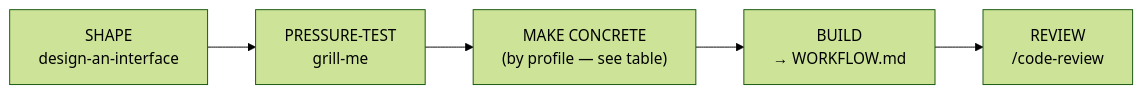
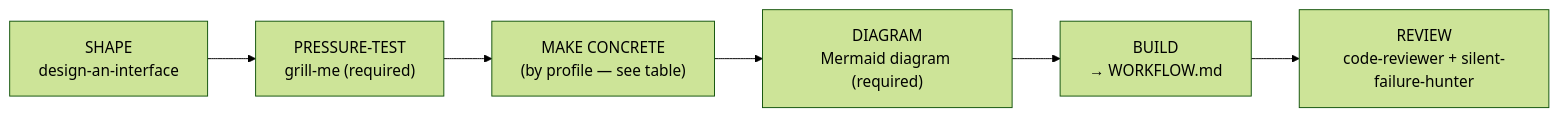
One commit to HenriGeorge/AutoCue changed the first of 3 diagrams in docs/DESIGN-WORKFLOW.md. Above: the diagram before and after it, drawn with Mermaid (forest theme). The commit also changed other lines of this file and 4 other files, not shown here.

First line of the commit message:
docs: refresh stamped workflow docs from claude_template (CLOSE gate #78 + review-dock flags #77) (#271)

````diff
--- a/docs/DESIGN-WORKFLOW.md
+++ b/docs/DESIGN-WORKFLOW.md
@@ -14,7 +14,8 @@
 ```mermaid
 flowchart LR
-    S["SHAPE<br/>design-an-interface"] --> G["PRESSURE-TEST<br/>grill-me"]
+    S["SHAPE<br/>design-an-interface"] --> G["PRESSURE-TEST<br/>grill-me (required)"]
     G --> M["MAKE CONCRETE<br/>(by profile — see table)"]
-    M --> B["BUILD<br/>→ WORKFLOW.md"]
-    B --> R["REVIEW<br/>/code-review"]
+    M --> D["DIAGRAM<br/>Mermaid diagram (required)"]
+    D --> B["BUILD<br/>→ WORKFLOW.md"]
+    B --> R["REVIEW<br/>code-reviewer + silent-failure-hunter"]
 ```
````
